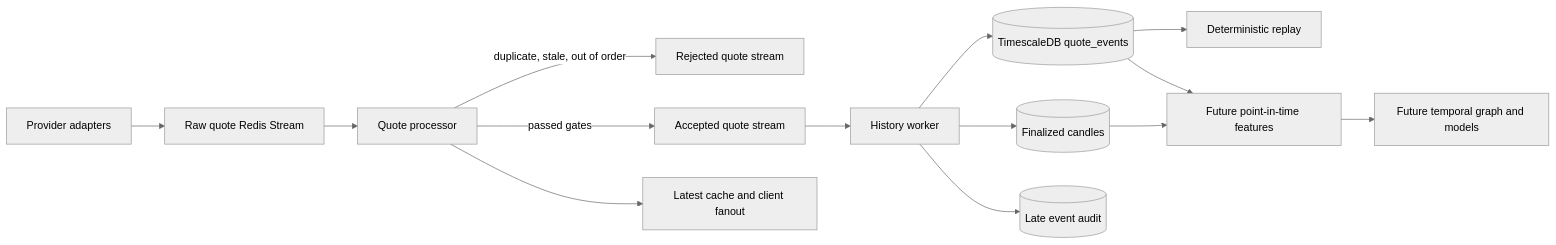
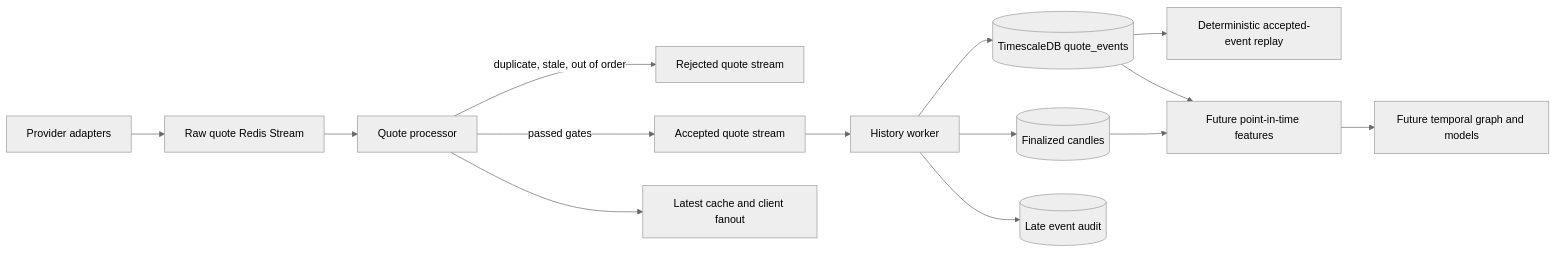
One commit to safal207/smart-market-data-gateway changed the diagram in docs/TEMPORAL_MARKET_INTELLIGENCE_GRAPH.md. Above: the diagram before and after it, drawn with Mermaid (neutral theme). The commit also changed other lines of this file, not shown here.

Commit message:
docs: clarify replay and candle rebuild boundary

````diff
--- a/docs/TEMPORAL_MARKET_INTELLIGENCE_GRAPH.md
+++ b/docs/TEMPORAL_MARKET_INTELLIGENCE_GRAPH.md
@@ -36,16 +36,16 @@
 ```mermaid
 flowchart LR
     A[Provider adapters] --> B[Raw quote Redis Stream]
     B --> C[Quote processor]
     C -->|duplicate, stale, out of order| R[Rejected quote stream]
     C -->|passed gates| D[Accepted quote stream]
     C --> E[Latest cache and client fanout]
     D --> F[History worker]
     F --> G[(TimescaleDB quote_events)]
     F --> H[(Finalized candles)]
     F --> I[(Late event audit)]
-    G --> J[Deterministic replay]
+    G --> J[Deterministic accepted-event replay]
     H --> K[Future point-in-time features]
     G --> K
     K --> L[Future temporal graph and models]
 ```
````
